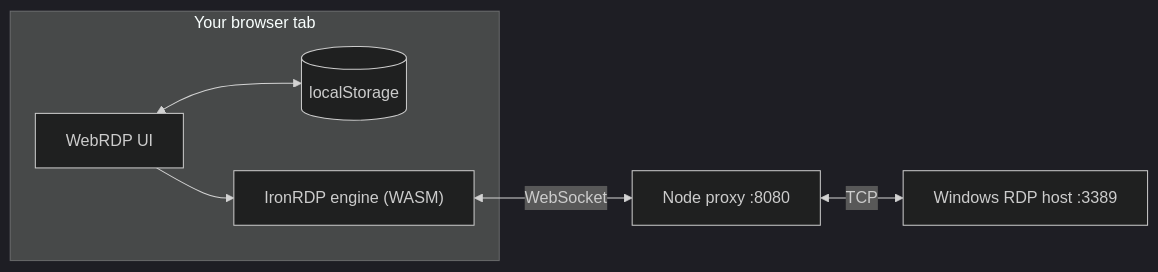
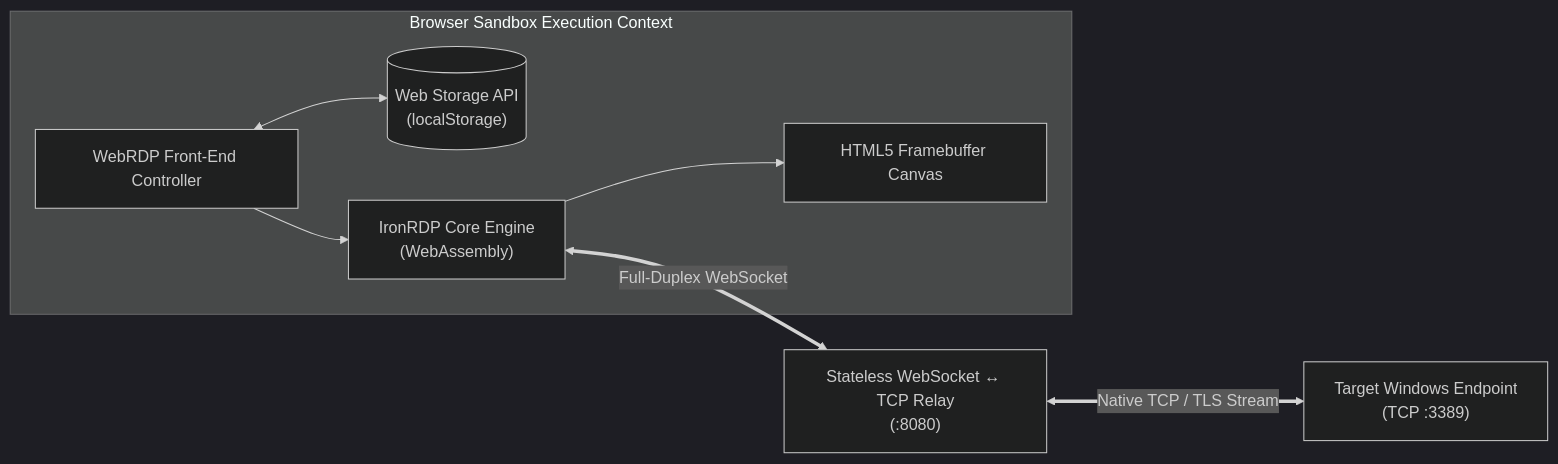
One commit to humairaambreen/WebRDP changed the first of 2 diagrams in README.md. Above: the diagram before and after it, drawn with Mermaid (dark theme). The commit also changed other lines of this file and 2 other files, not shown here.

Commit message:
docs: enrich README with interface screenshots and technical architecture specification

````diff
--- a/README.md
+++ b/README.md
@@ -31,16 +61,19 @@
 ```mermaid
 flowchart LR
-    subgraph Browser["Your browser tab"]
-        UI["WebRDP UI"]
-        Storage[("localStorage")]
-        WASM["IronRDP engine (WASM)"]
-        UI <--> Storage
+    subgraph BrowserSandbox["Browser Sandbox Execution Context"]
+        UI["WebRDP Front-End Controller"]
+        Store[("Web Storage API\n(localStorage)")]
+        WASM["IronRDP Core Engine\n(WebAssembly)"]
+        Canvas["HTML5 Framebuffer Canvas"]
+        
+        UI <--> Store
         UI --> WASM
+        WASM --> Canvas
     end
 
-    Proxy["Node proxy :8080"]
-    RDP["Windows RDP host :3389"]
+    Proxy["Stateless WebSocket ↔ TCP Relay\n(:8080)"]
+    RDP["Target Windows Endpoint\n(TCP :3389)"]
 
-    WASM <-- WebSocket --> Proxy
-    Proxy <-- TCP --> RDP
+    WASM <== "Full-Duplex WebSocket" ==> Proxy
+    Proxy <== "Native TCP / TLS Stream" ==> RDP
 ```
````
